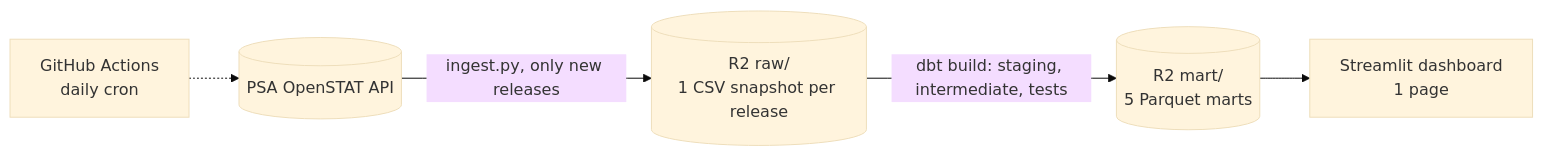
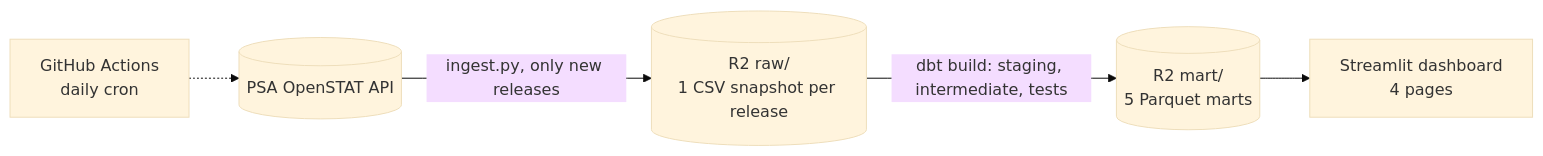
Before and after one commit to crylz-z/Agri-Price-Intelligence-Platform: the diagram in README.md, drawn with Mermaid (base theme). The commit also changed other lines of this file and 30 other files, not shown here.

First line of the commit message:
feat(dashboard): story v4, four pages, your basket, newest move, pechay month exclusions

````diff
--- a/README.md
+++ b/README.md
@@ -9,7 +9,7 @@
 ```mermaid
 graph LR
     PSA[("PSA OpenSTAT API")] -->|ingest.py, only new releases| RAW[("R2 raw/<br/>1 CSV snapshot per release")]
     RAW -->|dbt build: staging, intermediate, tests| MART[("R2 mart/<br/>5 Parquet marts")]
-    MART --> UI["Streamlit dashboard<br/>1 page"]
+    MART --> UI["Streamlit dashboard<br/>4 pages"]
     CRON["GitHub Actions<br/>daily cron"] -.-> PSA
 ```
````
